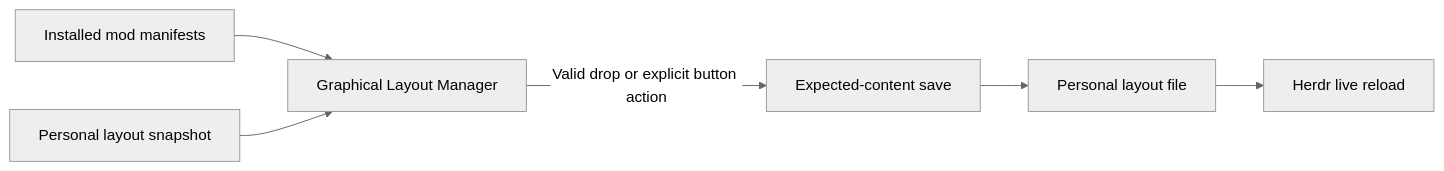
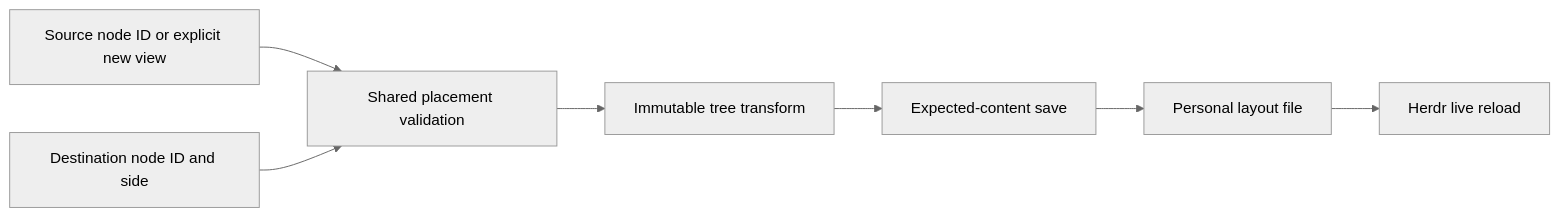
Before and after one commit to narumiruna/herdr-mods: the diagram in mods/layout-manager/README.md, drawn with Mermaid (neutral theme). The commit also changed other lines of this file and 12 other files, not shown here.

Commit message:
feat(layout-manager): edit existing layout tree

````diff
--- a/mods/layout-manager/README.md
+++ b/mods/layout-manager/README.md
@@ -89,8 +108,9 @@
 ```mermaid
 flowchart LR
-  A[Installed mod manifests] --> B[Graphical Layout Manager]
-  C[Personal layout snapshot] --> B
-  B -->|Valid drop or explicit button action| D[Expected-content save]
-  D --> E[Personal layout file]
-  E --> F[Herdr live reload]
+  A[Source node ID or explicit new view] --> C[Shared placement validation]
+  B[Destination node ID and side] --> C
+  C --> D[Immutable tree transform]
+  D --> E[Expected-content save]
+  E --> F[Personal layout file]
+  F --> G[Herdr live reload]
 ```
````
